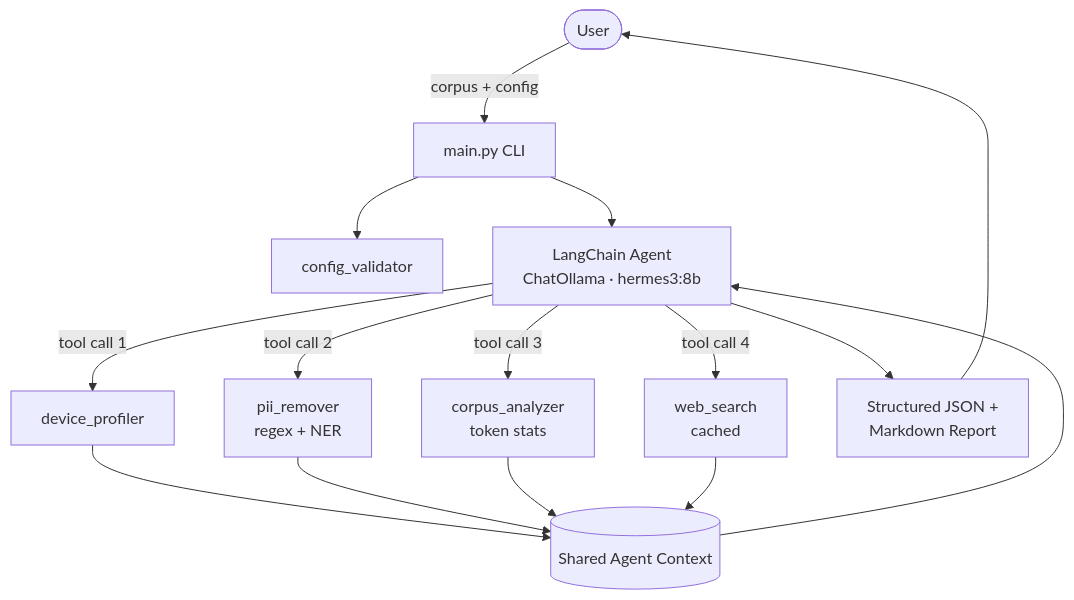
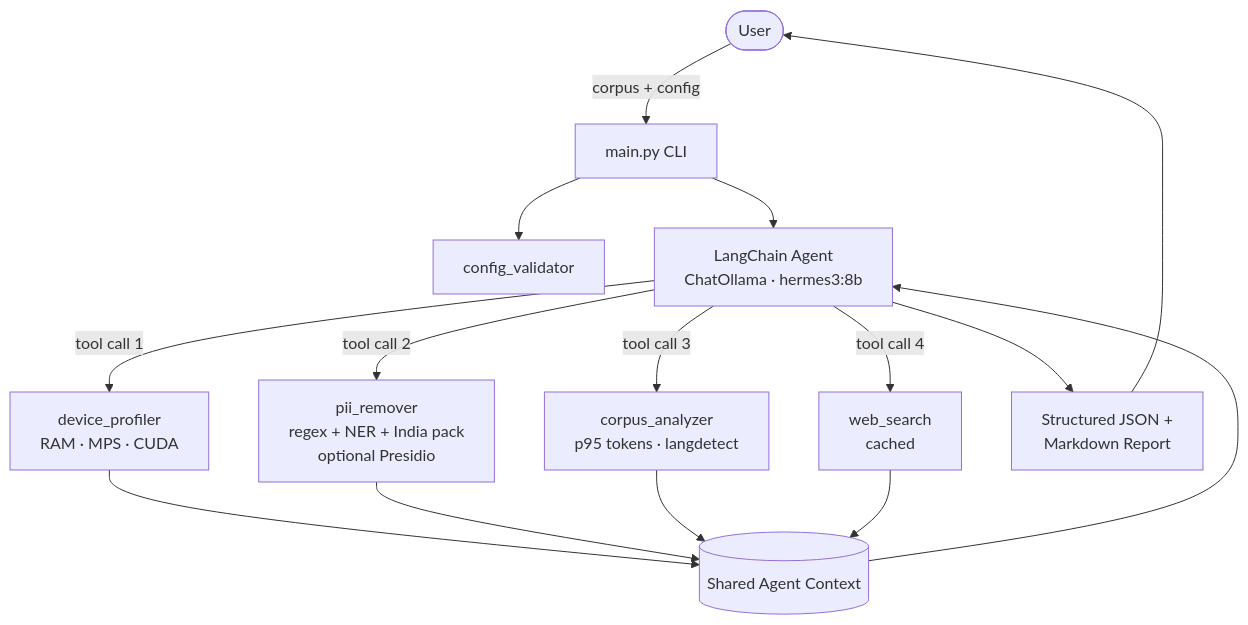
One commit to varneya/SmartEmbedAgent changed the diagram in README.md. Above: the diagram before and after it, drawn with Mermaid. The commit also changed other lines of this file, not shown here.

First line of the commit message:
Refresh README: document data-scientist features, OpenClaw flow, India PII default

````diff
--- a/README.md
+++ b/README.md
@@ -44,20 +47,20 @@
 ```mermaid
 flowchart TD
     User([User]) -->|corpus + config| Main[main.py CLI]
     Main --> Validator[config_validator]
     Main --> Agent[LangChain Agent<br/>ChatOllama · hermes3:8b]
 
-    Agent -->|tool call 1| Profiler[device_profiler]
-    Agent -->|tool call 2| PII[pii_remover<br/>regex + NER]
-    Agent -->|tool call 3| Analyzer[corpus_analyzer<br/>token stats]
+    Agent -->|tool call 1| Profiler[device_profiler<br/>RAM · MPS · CUDA]
+    Agent -->|tool call 2| PII[pii_remover<br/>regex + NER + India pack<br/>optional Presidio]
+    Agent -->|tool call 3| Analyzer[corpus_analyzer<br/>p95 tokens · langdetect]
     Agent -->|tool call 4| Search[web_search<br/>cached]
 
     Profiler --> Ctx[(Shared Agent Context)]
     PII --> Ctx
     Analyzer --> Ctx
     Search --> Ctx
 
     Ctx --> Agent
     Agent --> Recommendation[Structured JSON +<br/>Markdown Report]
     Recommendation --> User
 ```
````
